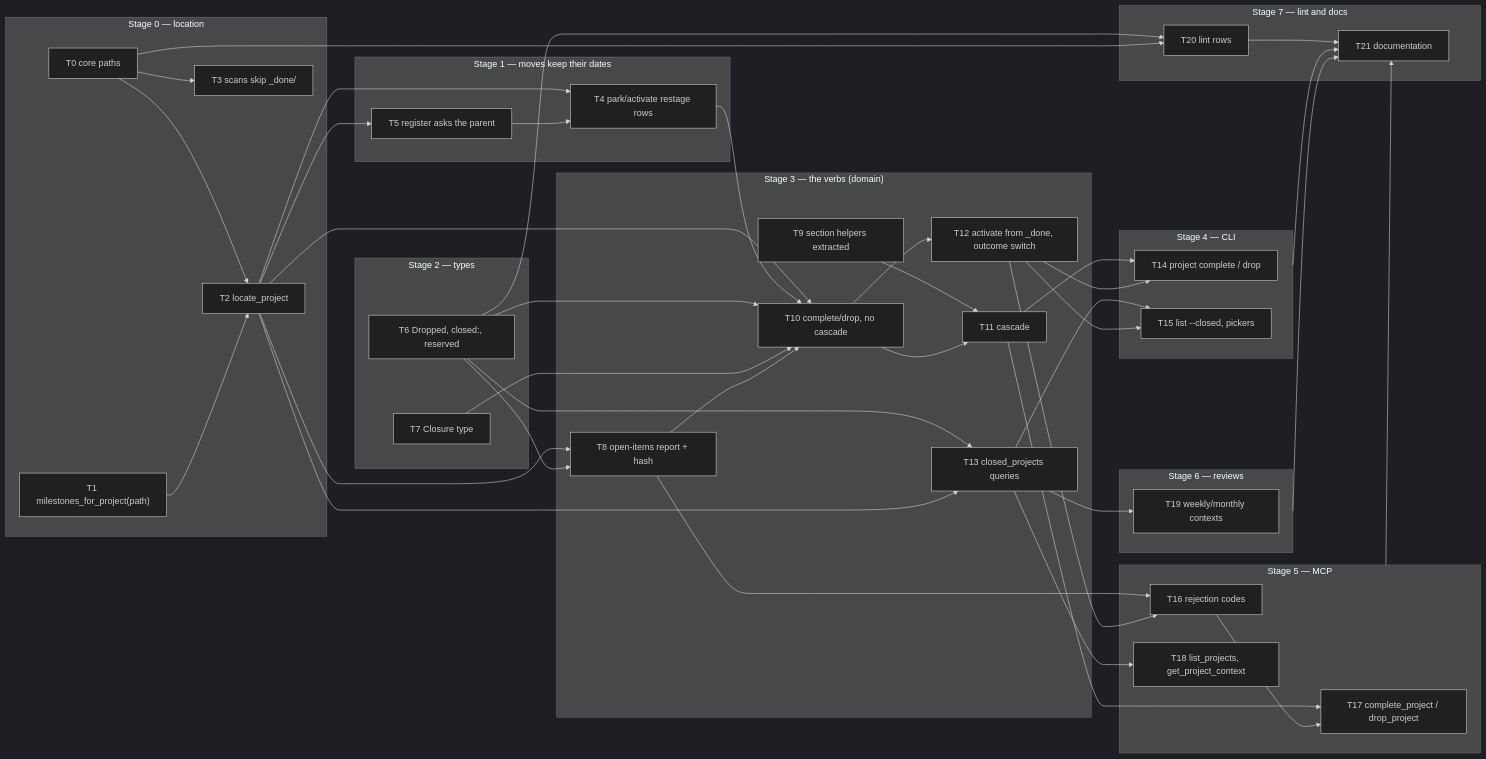
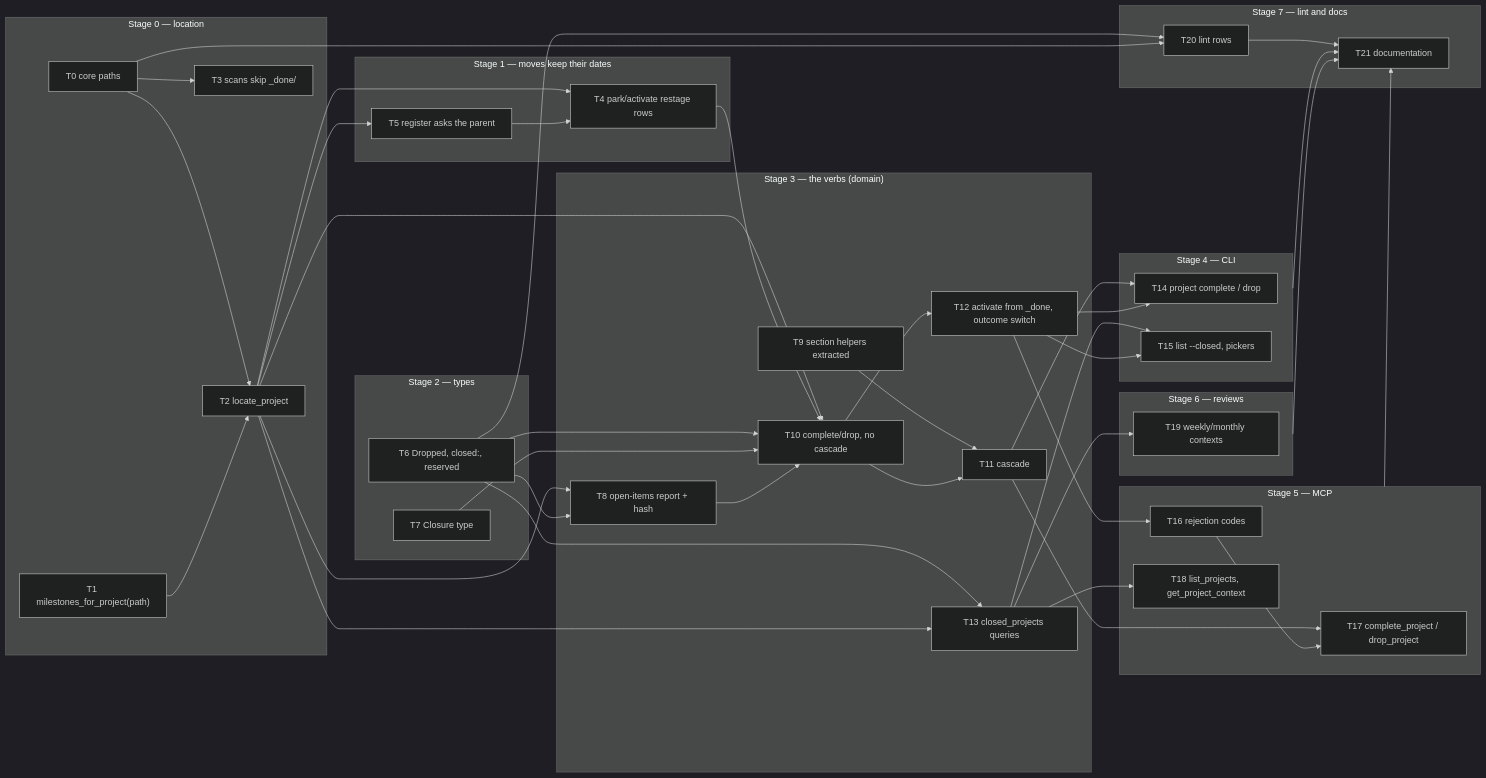
The diagram in docs/rfcs/0004-implementation-plan.md (agustinvalencia/cuaderno), drawn with Mermaid (dark theme) before and after one commit. The commit also changed other lines of this file and 12 other files, not shown here.

````diff
--- a/docs/rfcs/0004-implementation-plan.md
+++ b/docs/rfcs/0004-implementation-plan.md
@@ -33,76 +33,75 @@
 ```mermaid
 flowchart LR
     subgraph S0["Stage 0 — location"]
         T0["T0 core paths"]
         T1["T1 milestones_for_project(path)"]
         T2["T2 locate_project"]
         T3["T3 scans skip _done/"]
     end
     subgraph S1["Stage 1 — moves keep their dates"]
         T5["T5 register asks the parent"]
         T4["T4 park/activate restage rows"]
     end
     subgraph S2["Stage 2 — types"]
         T6["T6 Dropped, closed:, reserved"]
         T7["T7 Closure type"]
     end
     subgraph S3["Stage 3 — the verbs (domain)"]
         T8["T8 open-items report + hash"]
         T9["T9 section helpers extracted"]
         T10["T10 complete/drop, no cascade"]
         T11["T11 cascade"]
         T12["T12 activate from _done, outcome switch"]
         T13["T13 closed_projects queries"]
     end
     subgraph S4["Stage 4 — CLI"]
         T14["T14 project complete / drop"]
         T15["T15 list --closed, pickers"]
     end
     subgraph S5["Stage 5 — MCP"]
         T16["T16 rejection codes"]
         T17["T17 complete_project / drop_project"]
         T18["T18 list_projects, get_project_context"]
     end
     subgraph S6["Stage 6 — reviews"]
         T19["T19 weekly/monthly contexts"]
     end
     subgraph S7["Stage 7 — lint and docs"]
         T20["T20 lint rows"]
         T21["T21 documentation"]
     end
 
     T0 --> T2
     T0 --> T3
     T1 --> T2
     T2 --> T4
     T5 --> T4
     T2 --> T5
     T2 --> T8
     T6 --> T8
     T6 --> T13
     T2 --> T13
     T2 --> T10
     T4 --> T10
     T6 --> T10
     T7 --> T10
     T8 --> T10
     T9 --> T11
     T10 --> T11
     T10 --> T12
     T11 --> T14
     T12 --> T14
     T13 --> T15
     T12 --> T15
-    T8 --> T16
     T12 --> T16
     T11 --> T17
     T16 --> T17
     T13 --> T18
     T13 --> T19
     T6 --> T20
     T0 --> T20
     S4 --> T21
     S5 --> T21
     S6 --> T21
     T20 --> T21
 ```
````
